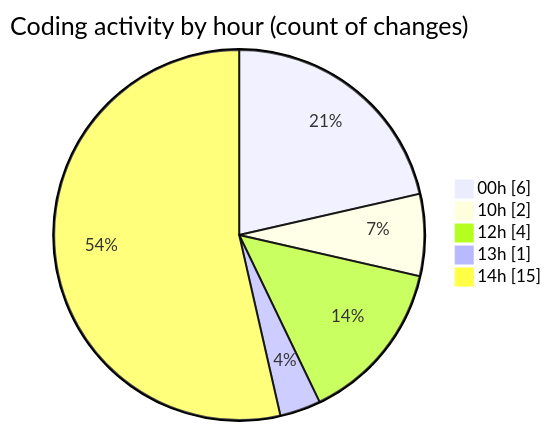
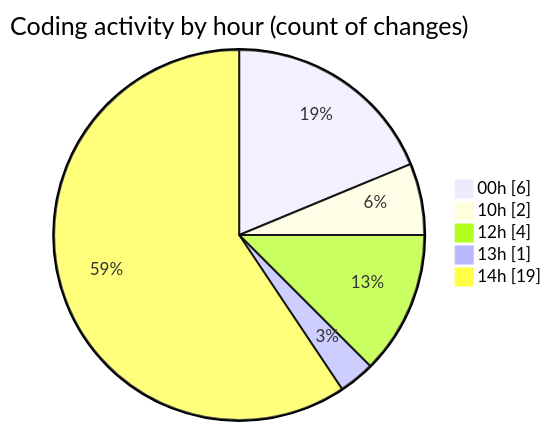
Before and after one commit to nxtqubesakshisongat/code-tracking: the second of 2 diagrams in 2025-06-04/nxtqube_webapp/README.md, drawn with Mermaid. The commit also changed other lines of this file and 1 other file, not shown here.

````diff
--- a/2025-06-04/nxtqube_webapp/README.md
+++ b/2025-06-04/nxtqube_webapp/README.md
@@ -31,9 +31,9 @@
 ```mermaid
 pie showData
 title Coding activity by hour (count of changes)
 "00h" : 6
 "10h" : 2
 "12h" : 4
 "13h" : 1
-"14h" : 15
+"14h" : 19
 ```
````
